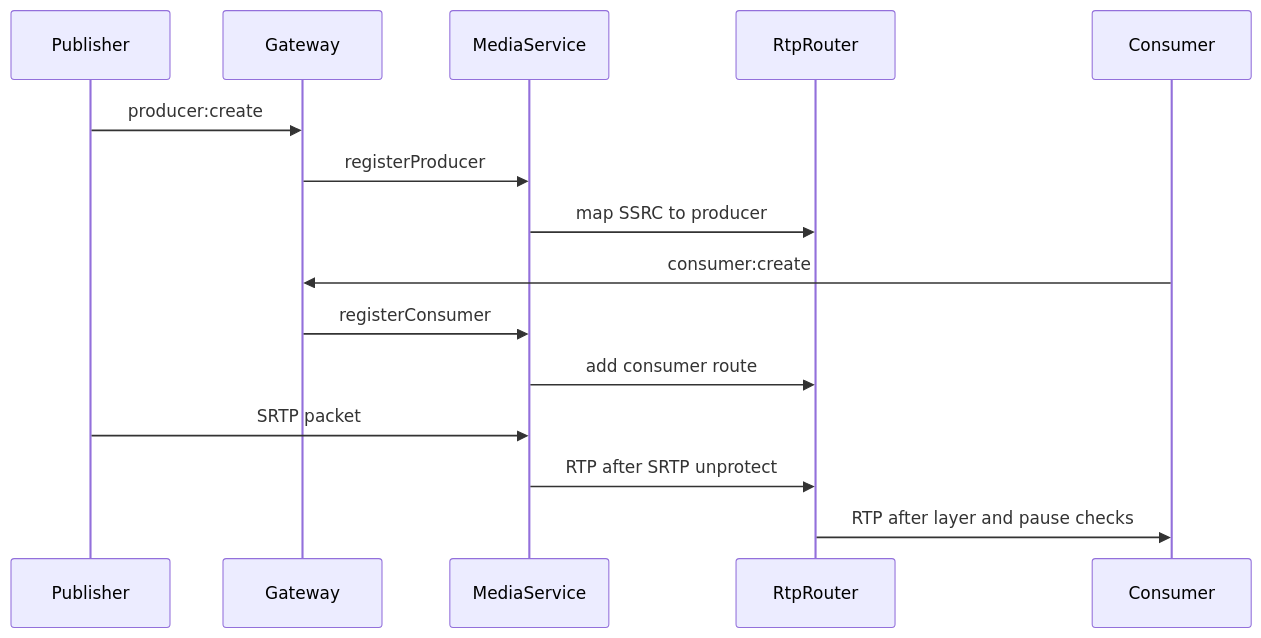
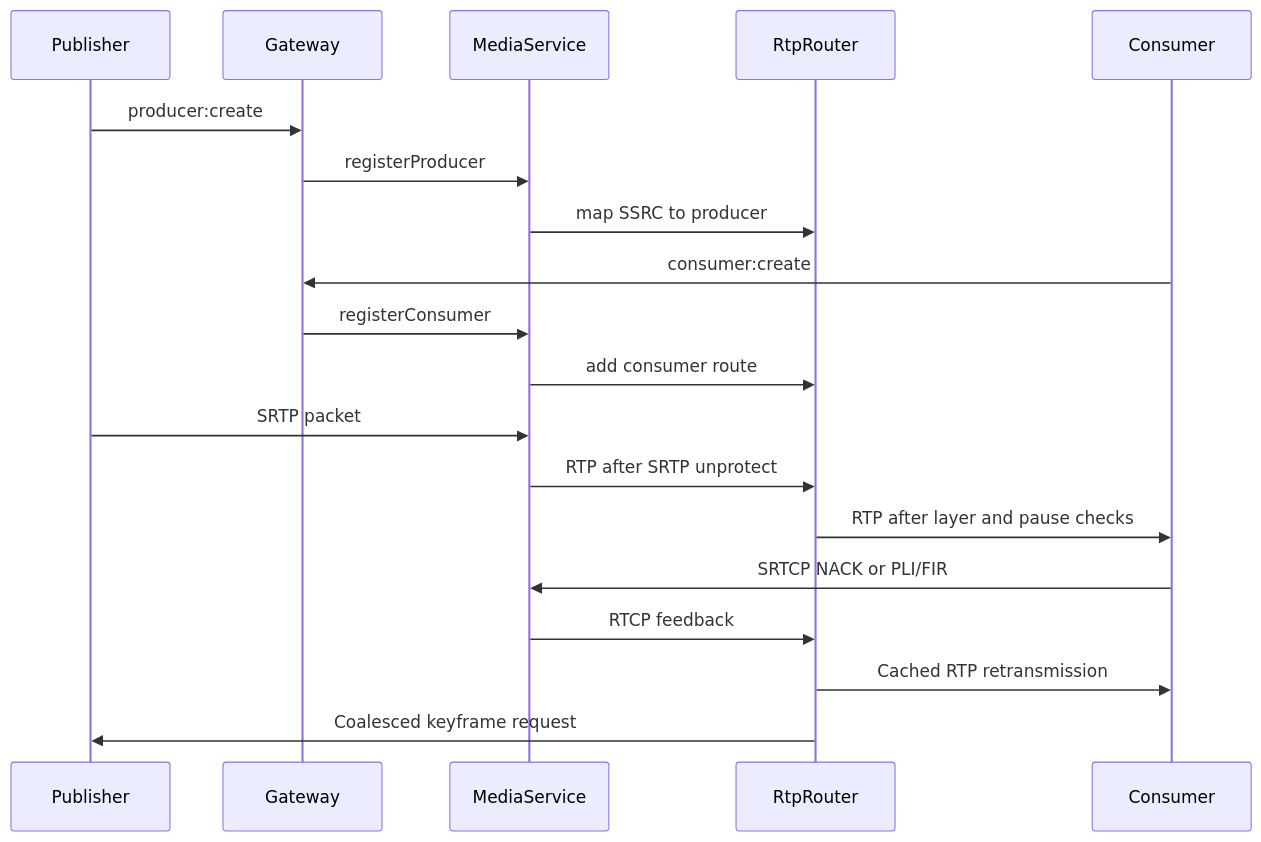
The second of 2 diagrams in docs/architecture.md (Suman201/SFU), drawn with Mermaid before and after one commit. The commit also changed other lines of this file and 79 other files, not shown here.

````diff
--- a/docs/architecture.md
+++ b/docs/architecture.md
@@ -36,17 +39,21 @@
 ```mermaid
 sequenceDiagram
   participant Publisher
   participant Gateway
   participant MediaService
   participant RtpRouter
   participant Consumer
   Publisher->>Gateway: producer:create
   Gateway->>MediaService: registerProducer
   MediaService->>RtpRouter: map SSRC to producer
   Consumer->>Gateway: consumer:create
   Gateway->>MediaService: registerConsumer
   MediaService->>RtpRouter: add consumer route
   Publisher->>MediaService: SRTP packet
   MediaService->>RtpRouter: RTP after SRTP unprotect
   RtpRouter->>Consumer: RTP after layer and pause checks
+  Consumer->>MediaService: SRTCP NACK or PLI/FIR
+  MediaService->>RtpRouter: RTCP feedback
+  RtpRouter->>Consumer: Cached RTP retransmission
+  RtpRouter->>Publisher: Coalesced keyframe request
 ```
````
